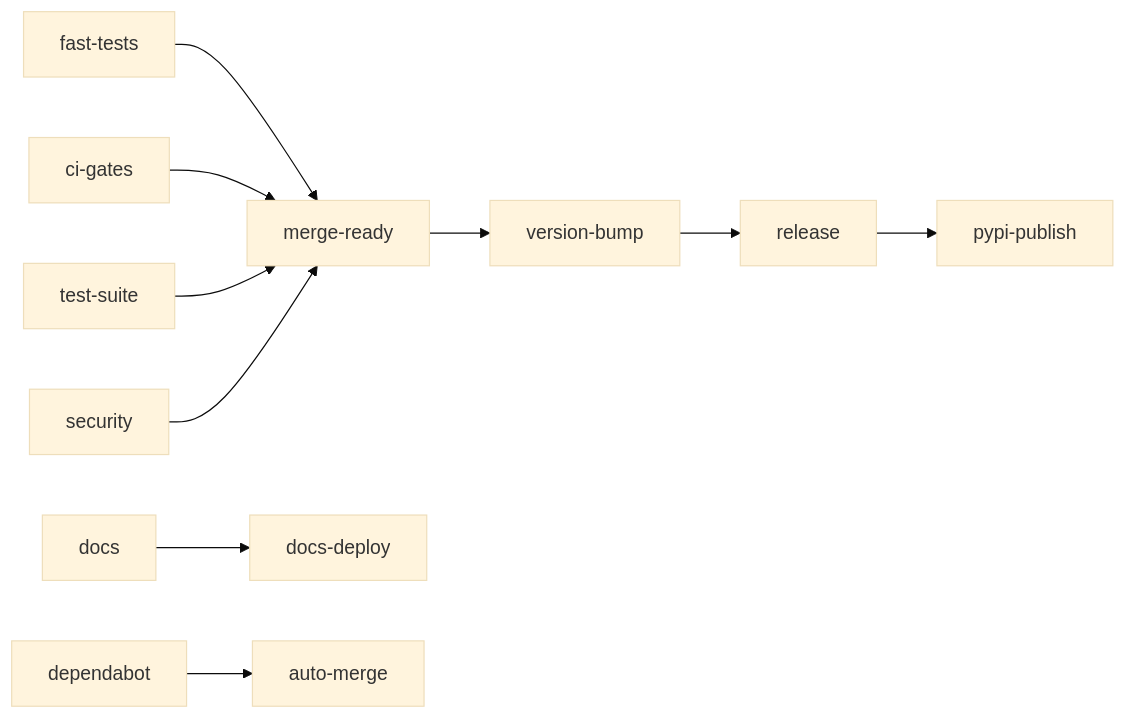
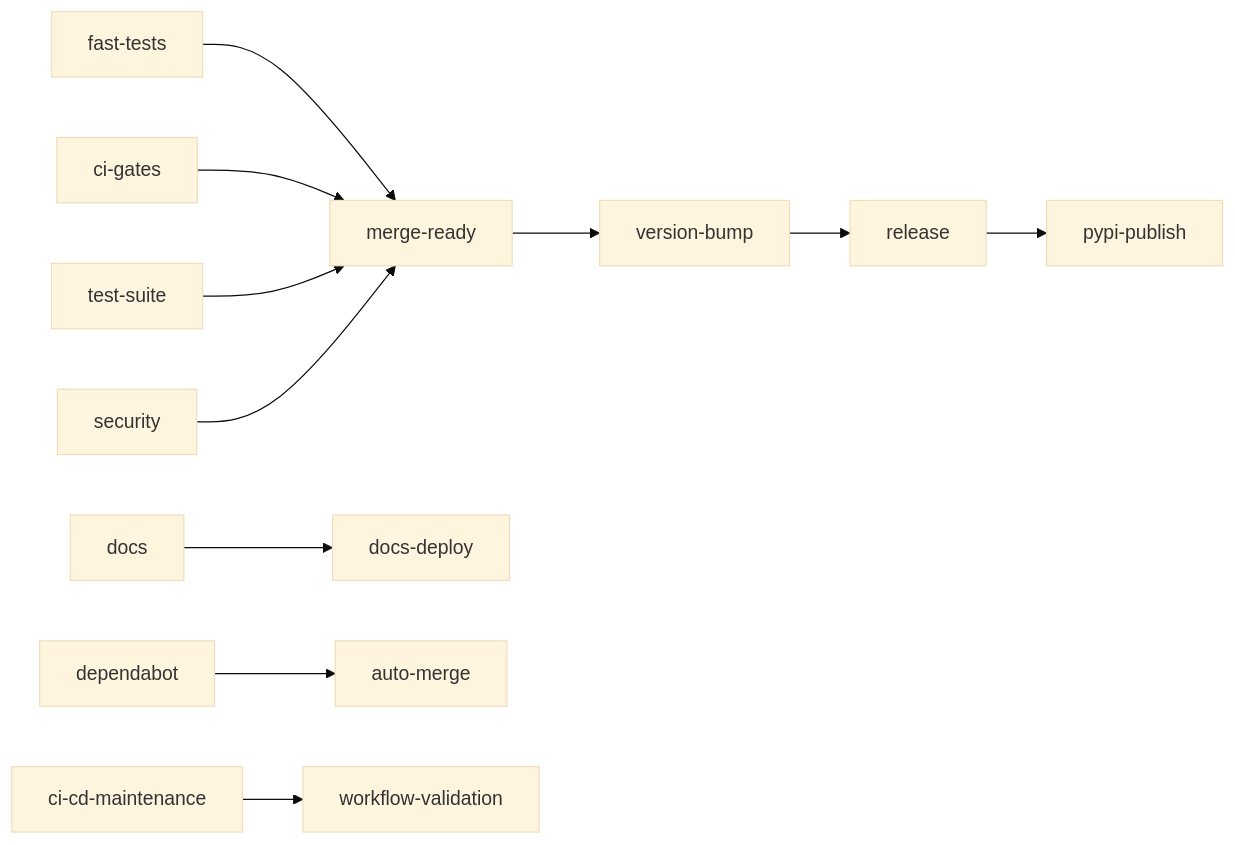
One commit to trsdn/markitdown-mcp changed the third of 3 diagrams in docs/development/CI_CD_SYSTEM.md. Above: the diagram before and after it, drawn with Mermaid (base theme). The commit also changed other lines of this file and 11 other files, not shown here.

````diff
--- a/docs/development/CI_CD_SYSTEM.md
+++ b/docs/development/CI_CD_SYSTEM.md
@@ -445,14 +478,15 @@
 ```mermaid
 graph LR
     A[fast-tests] --> E[merge-ready]
     B[ci-gates] --> E
     C[test-suite] --> E
     D[security] --> E
 
     E --> F[version-bump]
     F --> G[release]
     G --> H[pypi-publish]
 
     I[docs] --> J[docs-deploy]
     K[dependabot] --> L[auto-merge]
+    M[ci-cd-maintenance] --> N[workflow-validation]
 ```
````
